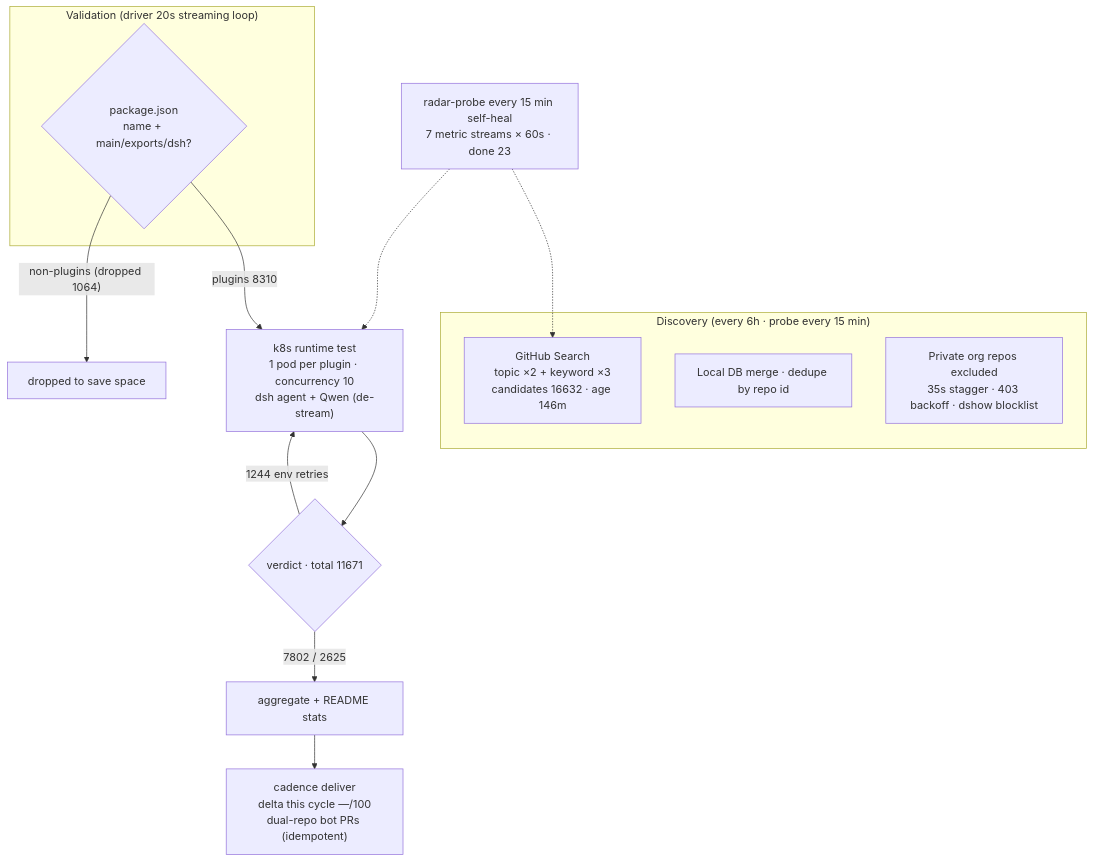
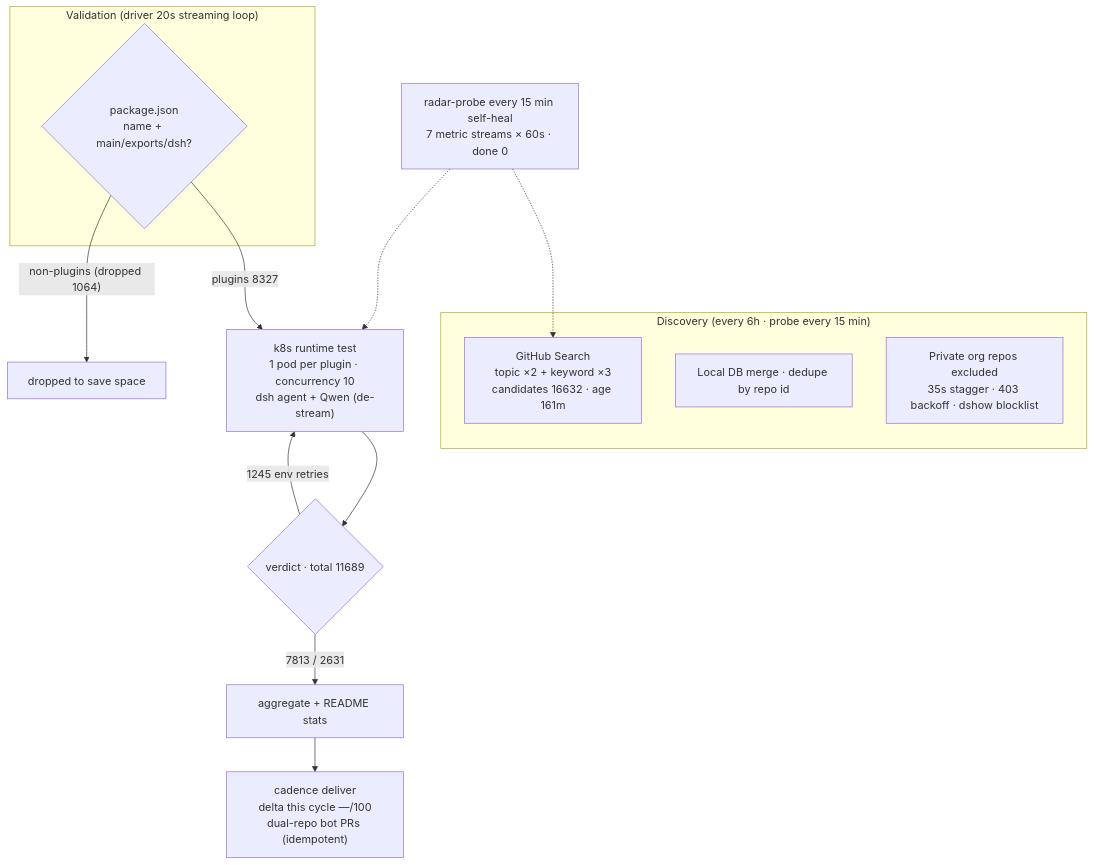
Before and after one commit to AdamPlatin123/awesome-dsh-plugins: the diagram in README.en-US.md, drawn with Mermaid. The commit also changed other lines of this file and 5 other files, not shown here.

````diff
--- a/README.en-US.md
+++ b/README.en-US.md
@@ -45,20 +45,20 @@
 ```mermaid
 flowchart TB
     subgraph Discovery["Discovery (every 6h · probe every 15 min)"]
-        A1["GitHub Search<br/>topic ×2 + keyword ×3<br/>candidates 16632 · age 146m"]
+        A1["GitHub Search<br/>topic ×2 + keyword ×3<br/>candidates 16632 · age 161m"]
         A2["Local DB merge · dedupe by repo id"]
         A3["Private org repos excluded<br/>35s stagger · 403 backoff · dshow blocklist"]
     end
     subgraph Validation["Validation (driver 20s streaming loop)"]
         B1{"package.json<br/>name + main/exports/dsh?"}
     end
-    B1 -->|"plugins 8310"| C1["k8s runtime test<br/>1 pod per plugin · concurrency 10<br/>dsh agent + Qwen (de-stream)"]
+    B1 -->|"plugins 8327"| C1["k8s runtime test<br/>1 pod per plugin · concurrency 10<br/>dsh agent + Qwen (de-stream)"]
     B1 -->|"non-plugins (dropped 1064)"| B3["dropped to save space"]
-    C1 --> D1{"verdict · total 11671"}
-    D1 -->|"7802 / 2625"| E1["aggregate + README stats"]
-    D1 -->|"1244 env retries"| C1
+    C1 --> D1{"verdict · total 11689"}
+    D1 -->|"7813 / 2631"| E1["aggregate + README stats"]
+    D1 -->|"1245 env retries"| C1
     E1 --> E2["cadence deliver<br/>delta this cycle —/100<br/>dual-repo bot PRs (idempotent)"]
-    M["radar-probe every 15 min self-heal<br/>7 metric streams × 60s · done 23"]
+    M["radar-probe every 15 min self-heal<br/>7 metric streams × 60s · done 0"]
     M -.-> A1
     M -.-> C1
 ```
````
